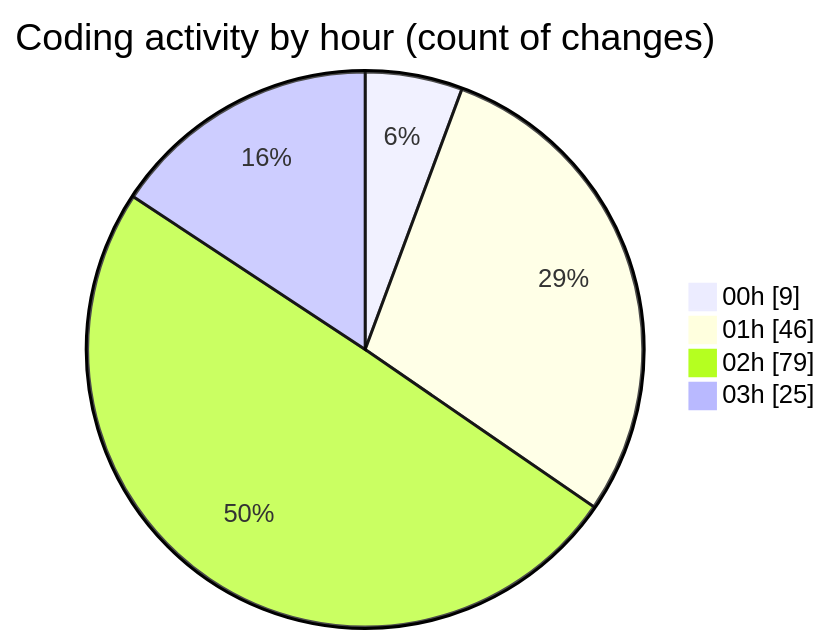
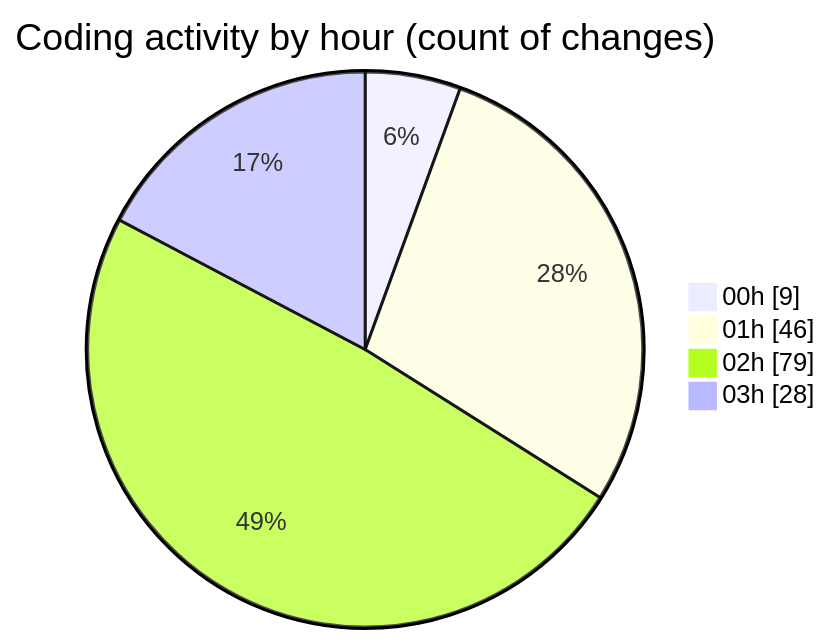
The second of 2 diagrams in 2025-11-18/eventscop-frontend-guide__workspace_/README.md (julien-gomy/code-tracking), drawn with Mermaid before and after one commit. The commit also changed other lines of this file and 1 other file, not shown here.

````diff
--- a/2025-11-18/eventscop-frontend-guide__workspace_/README.md
+++ b/2025-11-18/eventscop-frontend-guide__workspace_/README.md
@@ -64,8 +66,8 @@
 ```mermaid
 pie showData
 title Coding activity by hour (count of changes)
 "00h" : 9
 "01h" : 46
 "02h" : 79
-"03h" : 25
+"03h" : 28
 ```
````
